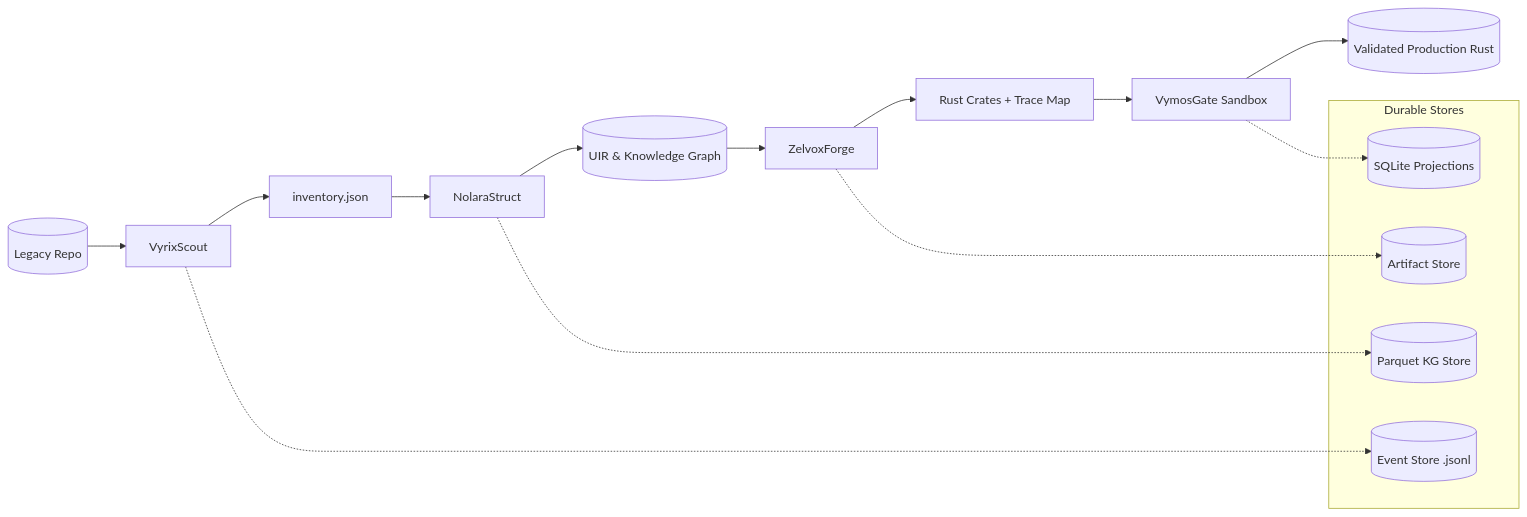
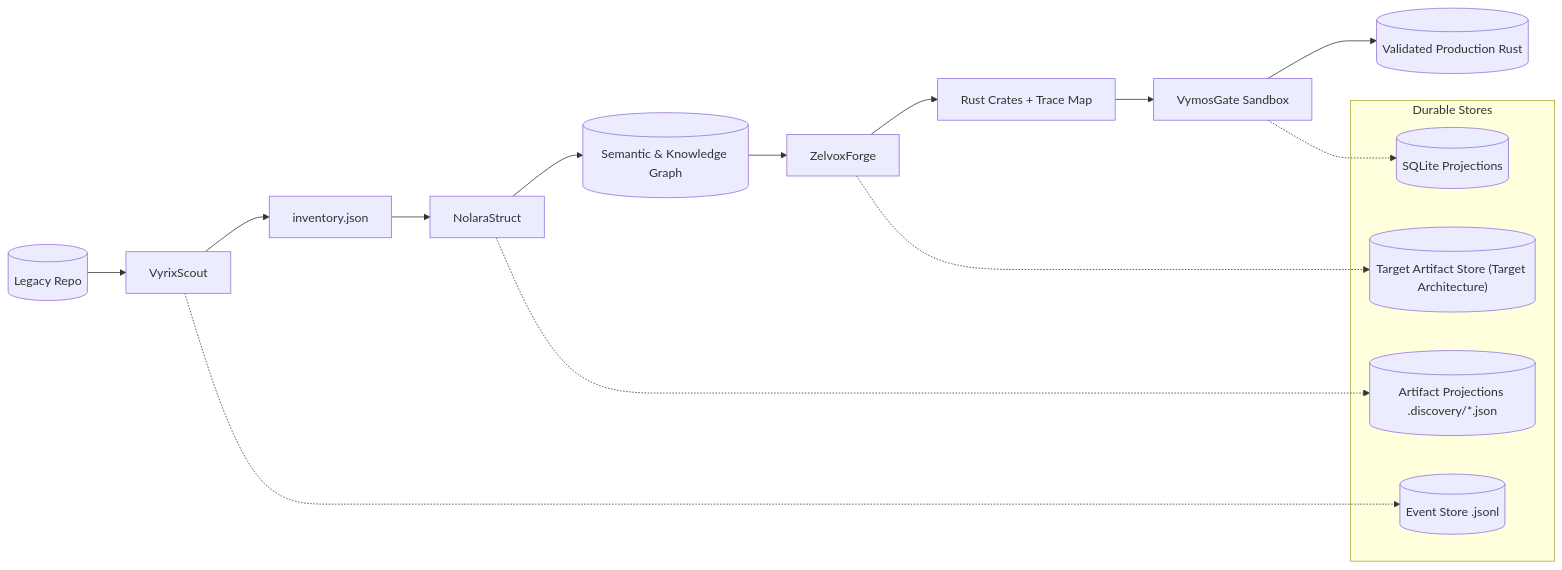
One commit to raitaskeen/LegacyExodus changed the fifth of 6 diagrams in README.md. Above: the diagram before and after it, drawn with Mermaid. The commit also changed other lines of this file and 11 other files, not shown here.

First line of the commit message:
docs(architecture): reconcile documentation with current implementation

````diff
--- a/README.md
+++ b/README.md
@@ -521,23 +521,23 @@
 ```mermaid
 flowchart LR
     A[("Legacy Repo")] --> B["VyrixScout"]
     B --> C["inventory.json"]
     C --> D["NolaraStruct"]
-    D --> E[("UIR & Knowledge Graph")]
+    D --> E[("Semantic & Knowledge Graph")]
     E --> F["ZelvoxForge"]
     F --> G["Rust Crates + Trace Map"]
     G --> H["VymosGate Sandbox"]
     H --> I[("Validated Production Rust")]
 
     subgraph DurableStores ["Durable Stores"]
         J[("Event Store .jsonl")]
         K[("SQLite Projections")]
-        L[("Parquet KG Store")]
-        M[("Artifact Store")]
+        L[("Artifact Projections .discovery/*.json")]
+        M[("Target Artifact Store (Target Architecture)")]
     end
 
     B -.-> J
     D -.-> L
     F -.-> M
     H -.-> K
 ```
````
